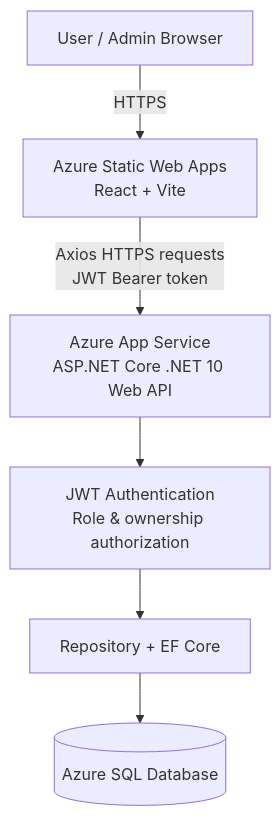
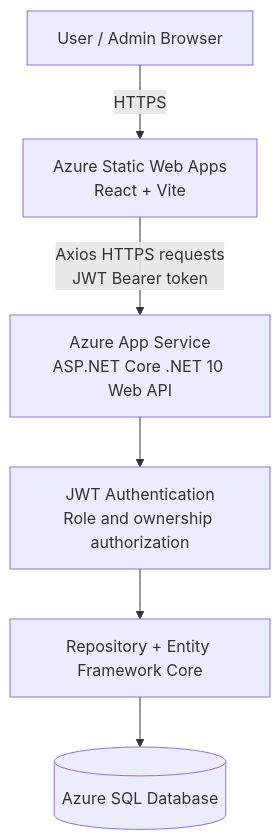
Before and after one commit to Neeraj-pp/IT-Service-Desk-Management-System: the diagram in README.md, drawn with Mermaid. The commit also changed other lines of this file, not shown here.

```diff
--- a/README.md
+++ b/README.md
@@ -70,15 +74,15 @@
 ~~~mermaid
 flowchart TD
     B[User / Admin Browser]
     SWA[Azure Static Web Apps<br/>React + Vite]
     API[Azure App Service<br/>ASP.NET Core .NET 10 Web API]
-    AUTH[JWT Authentication<br/>Role & ownership authorization]
-    DAL[Repository + EF Core]
+    AUTH[JWT Authentication<br/>Role and ownership authorization]
+    DAL[Repository + Entity Framework Core]
     SQL[(Azure SQL Database)]
 
     B -->|HTTPS| SWA
     SWA -->|Axios HTTPS requests<br/>JWT Bearer token| API
     API --> AUTH
     AUTH --> DAL
     DAL --> SQL
 ~~~
```
